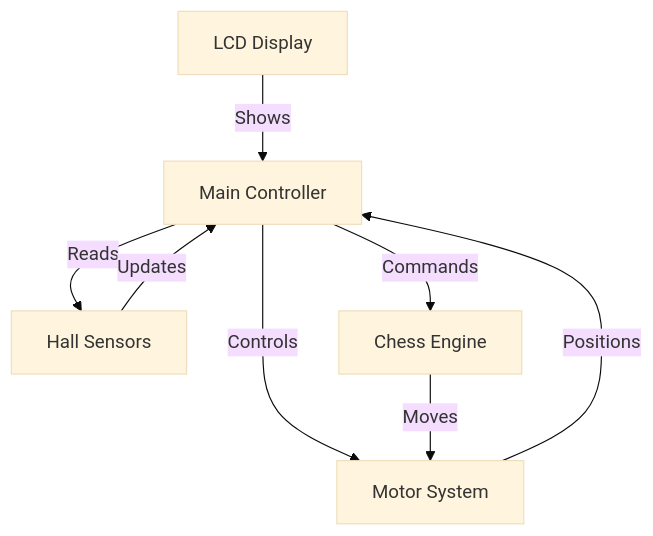
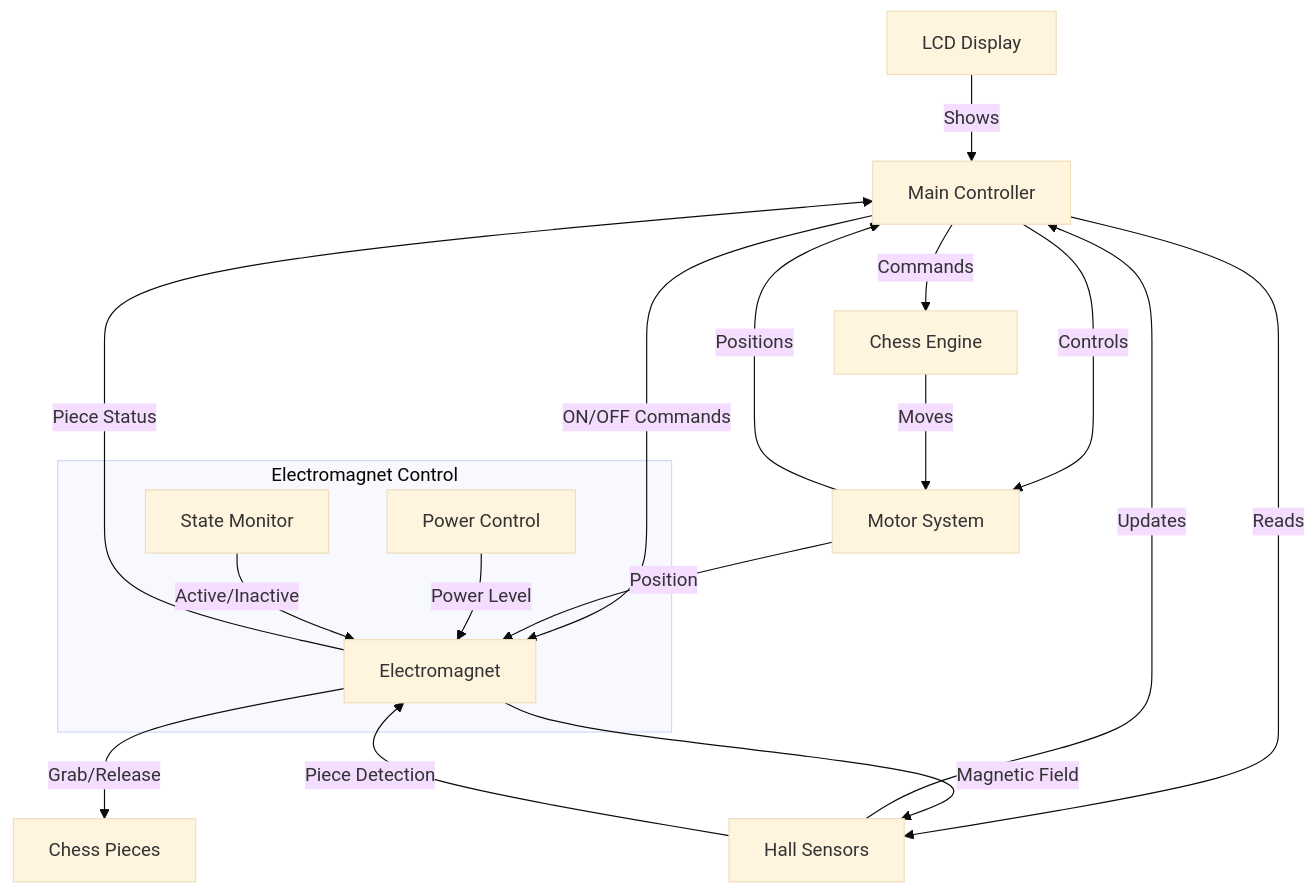
Before and after one commit to marcelo-massimi/chessboard: the second of 2 diagrams in docs/specifications.md, drawn with Mermaid (base theme).

Commit message:
Add interaction diagrams for electromagnet system and control components

````diff
--- a/docs/specifications.md
+++ b/docs/specifications.md
@@ -101,10 +101,30 @@
 ```mermaid
 graph TD
     A[Main Controller] -->|Controls| B[Motor System]
     A -->|Reads| C[Hall Sensors]
     A -->|Commands| D[Chess Engine]
     D -->|Moves| B
     C -->|Updates| A
     B -->|Positions| A
     E[LCD Display] -->|Shows| A
+    
+    %% Electromagnet System
+    F[Electromagnet] -->|Piece Status| A
+    A -->|ON/OFF Commands| F
+    F -->|Grab/Release| G[Chess Pieces]
+    B -->|Position| F
+    
+    %% Subcomponents and States
+    subgraph Electromagnet Control
+        F
+        H[Power Control]
+        I[State Monitor]
+    end
+    
+    H -->|Power Level| F
+    I -->|Active/Inactive| F
+    
+    %% Additional Interactions
+    C -->|Piece Detection| F
+    F -->|Magnetic Field| C
 ```
````
